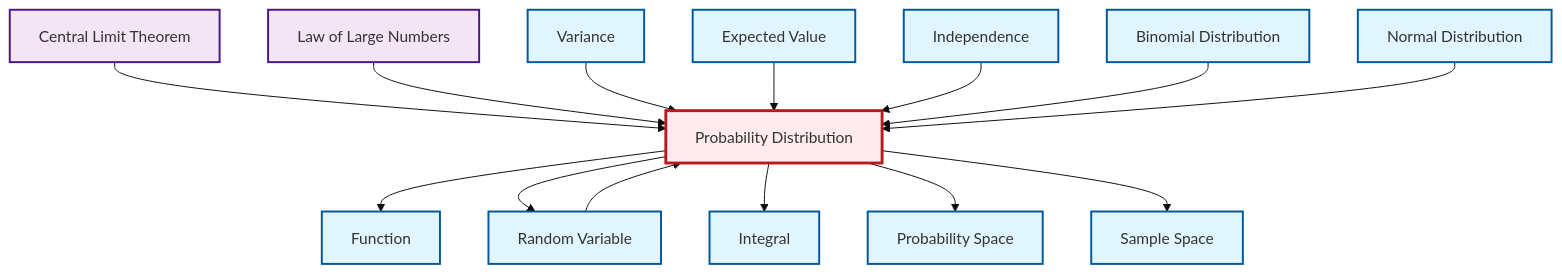
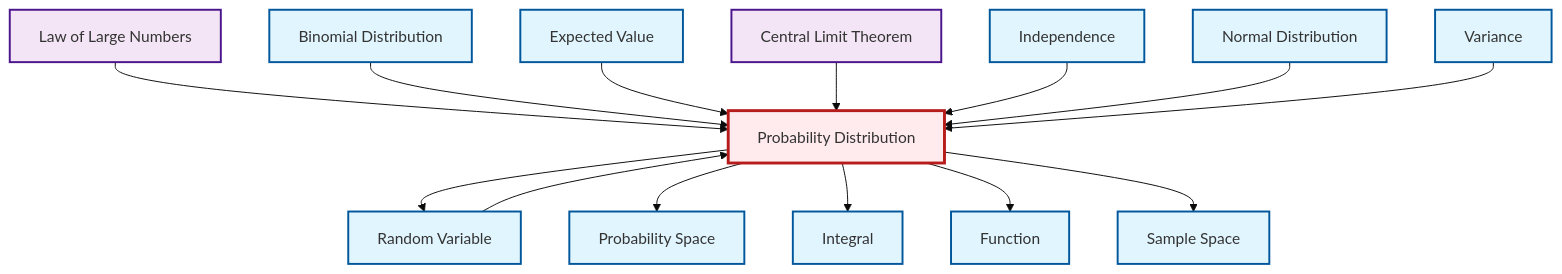
The diagram in output/mermaid/en/def-probability-distribution.mermaid (RK0429/ModernMath), drawn with Mermaid (base theme) before and after one commit. The commit also changed other lines of this file and 3321 other files, not shown here.

```diff
--- a/output/mermaid/en/def-probability-distribution.mermaid
+++ b/output/mermaid/en/def-probability-distribution.mermaid
@@ -1,33 +1,33 @@
 graph TD
     classDef definition fill:#e1f5fe,stroke:#01579b,stroke-width:2px
     classDef theorem fill:#f3e5f5,stroke:#4a148c,stroke-width:2px
     classDef axiom fill:#fff3e0,stroke:#e65100,stroke-width:2px
     classDef example fill:#e8f5e9,stroke:#1b5e20,stroke-width:2px
     classDef current fill:#ffebee,stroke:#b71c1c,stroke-width:3px
     def-binomial-distribution["Binomial Distribution"]:::definition
+    def-sample-space["Sample Space"]:::definition
+    thm-law-of-large-numbers["Law of Large Numbers"]:::theorem
+    def-independence["Independence"]:::definition
+    def-integral["Integral"]:::definition
+    def-probability-distribution["Probability Distribution"]:::definition
+    thm-central-limit["Central Limit Theorem"]:::theorem
+    def-function["Function"]:::definition
+    def-random-variable["Random Variable"]:::definition
+    def-normal-distribution["Normal Distribution"]:::definition
+    def-expectation["Expected Value"]:::definition
     def-variance["Variance"]:::definition
-    def-random-variable["Random Variable"]:::definition
-    def-function["Function"]:::definition
-    def-sample-space["Sample Space"]:::definition
-    def-expectation["Expected Value"]:::definition
-    def-independence["Independence"]:::definition
     def-probability-space["Probability Space"]:::definition
-    def-normal-distribution["Normal Distribution"]:::definition
-    def-integral["Integral"]:::definition
-    thm-central-limit["Central Limit Theorem"]:::theorem
-    thm-law-of-large-numbers["Law of Large Numbers"]:::theorem
-    def-probability-distribution["Probability Distribution"]:::definition
+    thm-law-of-large-numbers --> def-probability-distribution
+    def-binomial-distribution --> def-probability-distribution
+    def-expectation --> def-probability-distribution
     thm-central-limit --> def-probability-distribution
-    thm-law-of-large-numbers --> def-probability-distribution
-    def-variance --> def-probability-distribution
-    def-expectation --> def-probability-distribution
-    def-probability-distribution --> def-function
     def-independence --> def-probability-distribution
     def-probability-distribution --> def-random-variable
-    def-binomial-distribution --> def-probability-distribution
+    def-probability-distribution --> def-probability-space
+    def-probability-distribution --> def-integral
     def-normal-distribution --> def-probability-distribution
+    def-variance --> def-probability-distribution
     def-random-variable --> def-probability-distribution
-    def-probability-distribution --> def-integral
-    def-probability-distribution --> def-probability-space
+    def-probability-distribution --> def-function
     def-probability-distribution --> def-sample-space
     class def-probability-distribution current
```
